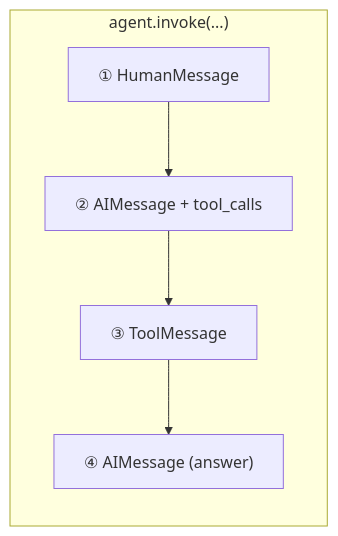
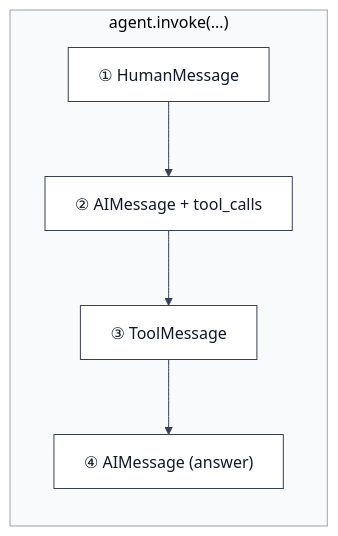
One commit to rahusri2/Agentic_AI changed the ninth of 10 diagrams in updatedlangchain/reference/README.md. Above: the diagram before and after it, drawn with Mermaid. The commit also changed other lines of this file and 1 other file, not shown here.

````diff
--- a/updatedlangchain/reference/README.md
+++ b/updatedlangchain/reference/README.md
@@ -353,11 +366,12 @@
 ```mermaid
+%%{init: {"theme":"base","themeVariables":{"primaryColor":"#ffffff","primaryTextColor":"#111827","primaryBorderColor":"#374151","lineColor":"#374151","mainBkg":"#ffffff","nodeTextColor":"#111827","clusterBkg":"#f9fafb","clusterBorder":"#9ca3af"}}}%%
 flowchart LR
   subgraph invoke["agent.invoke(...)"]
     direction TB
     S1["① HumanMessage"]
     S2["② AIMessage + tool_calls"]
     S3["③ ToolMessage"]
     S4["④ AIMessage (answer)"]
     S1 --> S2 --> S3 --> S4
   end
 ```
````
